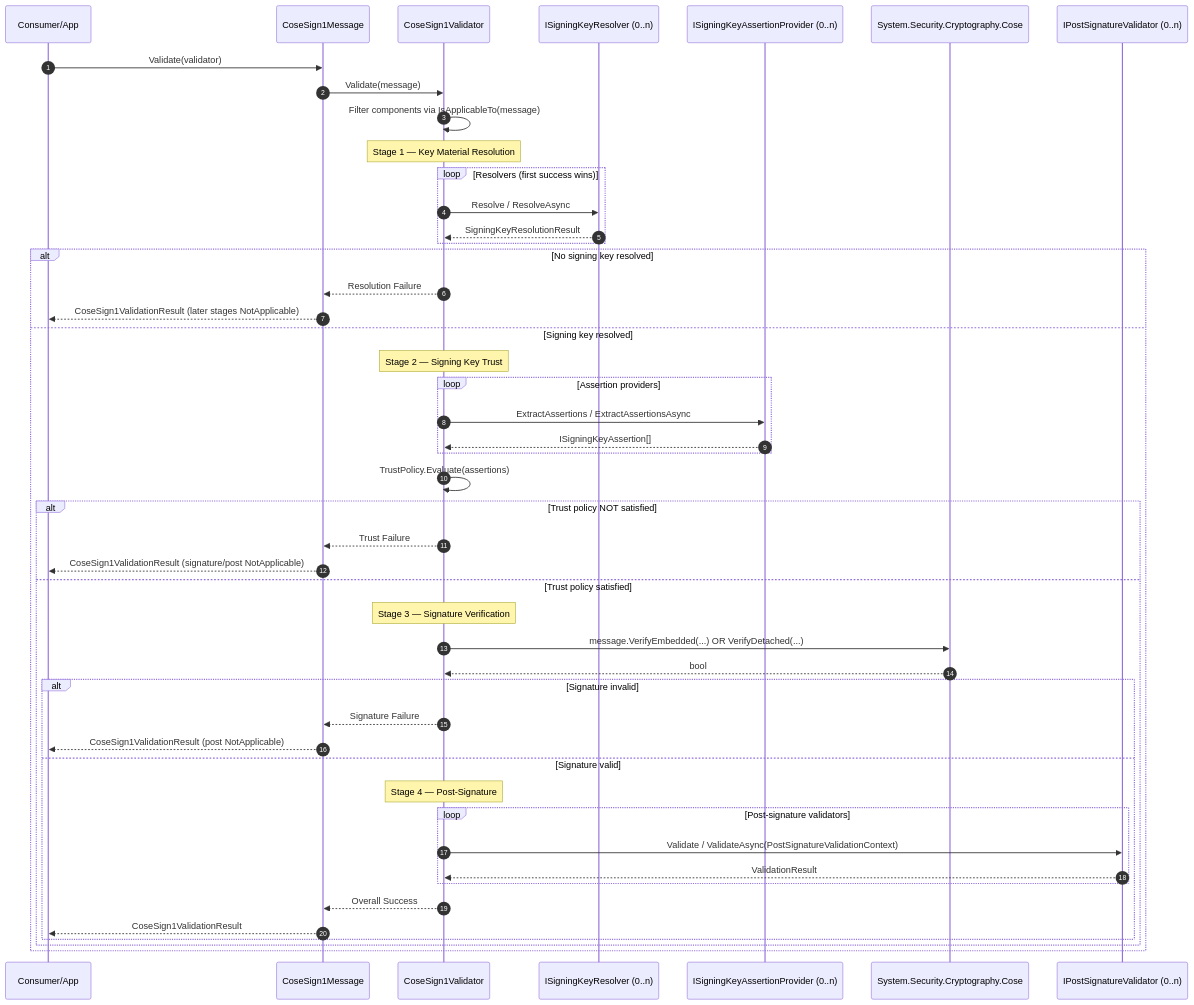
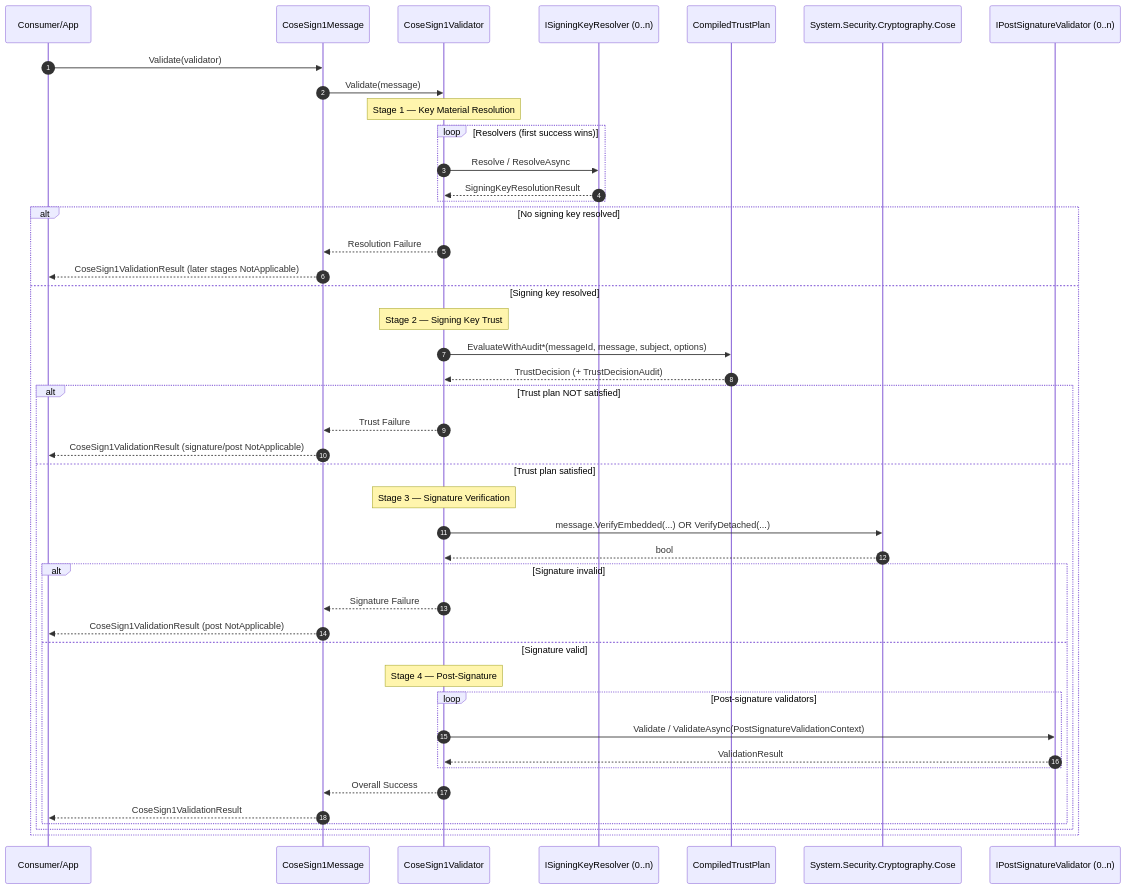
The third of 5 diagrams in V2/docs/architecture/sequence-diagrams.md (microsoft/CoseSignTool), drawn with Mermaid before and after one commit. The commit also changed other lines of this file and 34 other files, not shown here.

````diff
--- a/V2/docs/architecture/sequence-diagrams.md
+++ b/V2/docs/architecture/sequence-diagrams.md
@@ -106,56 +106,51 @@
 ```mermaid
 sequenceDiagram
     autonumber
     participant App as Consumer/App
     participant Msg as CoseSign1Message
     participant V as CoseSign1Validator
     participant R as ISigningKeyResolver (0..n)
-    participant A as ISigningKeyAssertionProvider (0..n)
+    participant Plan as CompiledTrustPlan
     participant Cose as System.Security.Cryptography.Cose
     participant P as IPostSignatureValidator (0..n)
 
     App->>Msg: Validate(validator)
     Msg->>V: Validate(message)
-
-    V->>V: Filter components via IsApplicableTo(message)
 
     Note over V: Stage 1 — Key Material Resolution
     loop Resolvers (first success wins)
         V->>R: Resolve / ResolveAsync
         R-->>V: SigningKeyResolutionResult
     end
 
     alt No signing key resolved
         V-->>Msg: Resolution Failure
         Msg-->>App: CoseSign1ValidationResult (later stages NotApplicable)
     else Signing key resolved
         Note over V: Stage 2 — Signing Key Trust
-        loop Assertion providers
-            V->>A: ExtractAssertions / ExtractAssertionsAsync
-            A-->>V: ISigningKeyAssertion[]
-        end
-        V->>V: TrustPolicy.Evaluate(assertions)
+        V->>Plan: EvaluateWithAudit*(messageId, message, subject, options)
+        Plan-->>V: TrustDecision (+ TrustDecisionAudit)
 
-        alt Trust policy NOT satisfied
+        alt Trust plan NOT satisfied
             V-->>Msg: Trust Failure
             Msg-->>App: CoseSign1ValidationResult (signature/post NotApplicable)
-        else Trust policy satisfied
+        else Trust plan satisfied
             Note over V: Stage 3 — Signature Verification
             V->>Cose: message.VerifyEmbedded(...) OR VerifyDetached(...)
             Cose-->>V: bool
 
             alt Signature invalid
                 V-->>Msg: Signature Failure
                 Msg-->>App: CoseSign1ValidationResult (post NotApplicable)
             else Signature valid
                 Note over V: Stage 4 — Post-Signature
                 loop Post-signature validators
                     V->>P: Validate / ValidateAsync(PostSignatureValidationContext)
                     P-->>V: ValidationResult
                 end
                 V-->>Msg: Overall Success
                 Msg-->>App: CoseSign1ValidationResult
             end
         end
     end
 ```
````
